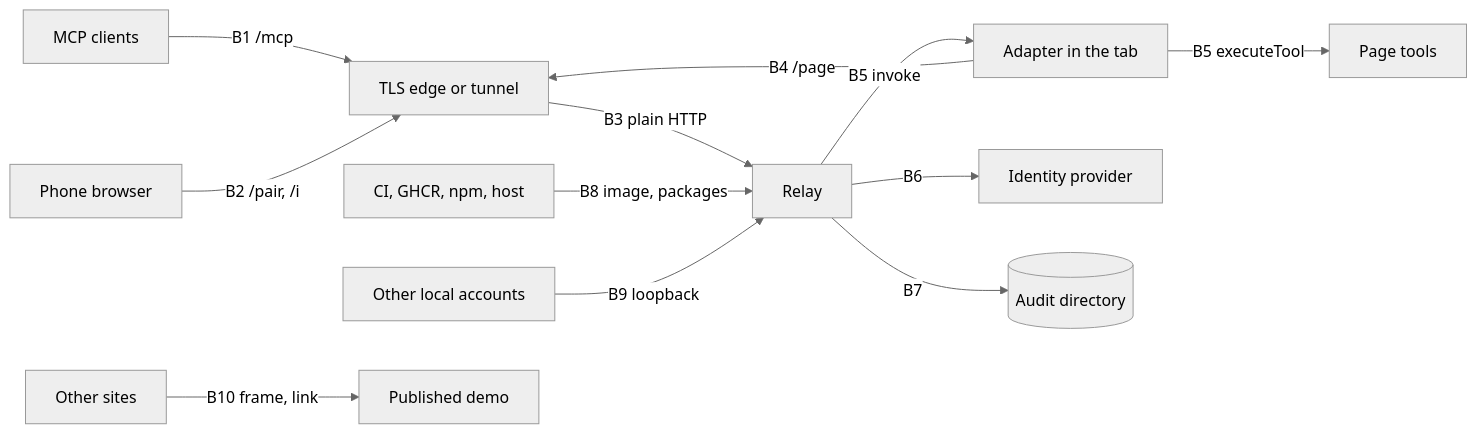
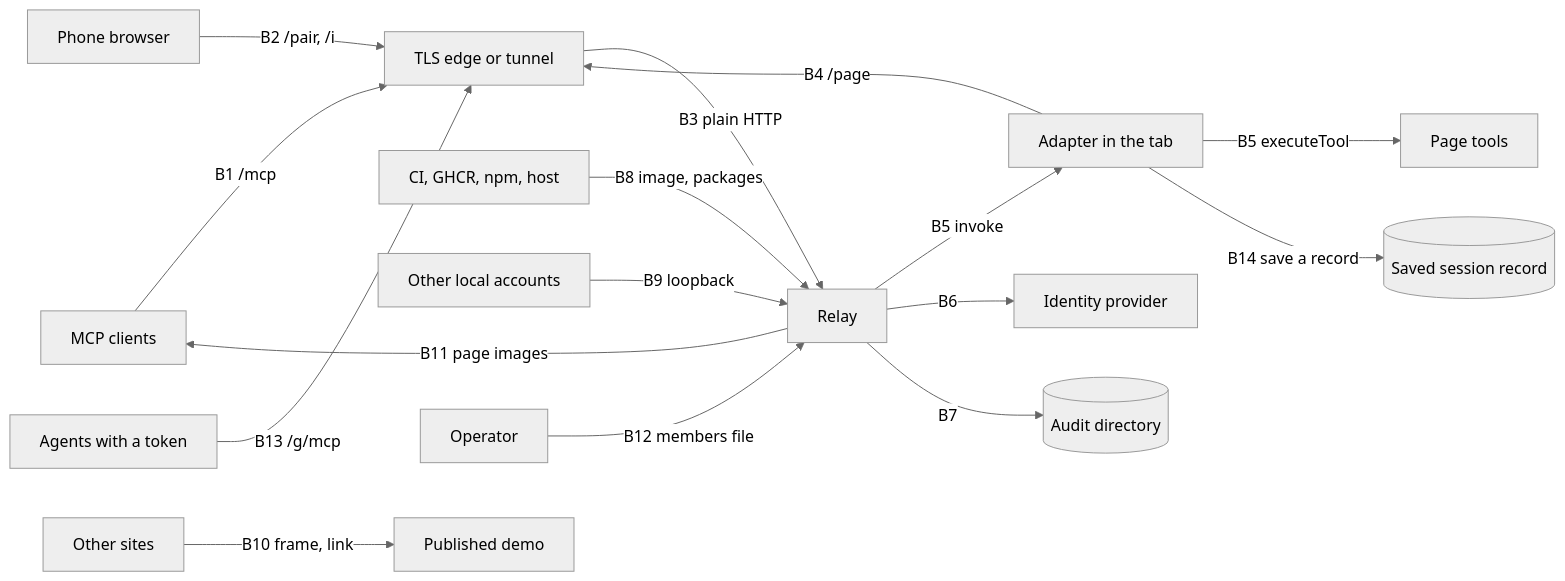
The diagram in docs/threat-model.md (PaulMRamirez/tabdock), drawn with Mermaid (neutral theme) before and after one commit. The commit also changed other lines of this file and 435 other files, not shown here.

````diff
--- a/docs/threat-model.md
+++ b/docs/threat-model.md
@@ -9,14 +9,18 @@
 ```mermaid
 flowchart LR
   C[MCP clients] -->|B1 /mcp| E[TLS edge or tunnel]
   P[Phone browser] -->|B2 /pair, /i| E
   E -->|B3 plain HTTP| R[Relay]
   A[Adapter in the tab] -->|B4 /page| E
   R -->|B5 invoke| A
   A -->|B5 executeTool| T[Page tools]
   R -->|B6| I[Identity provider]
   R -->|B7| D[(Audit directory)]
   G[CI, GHCR, npm, host] -->|B8 image, packages| R
   L[Other local accounts] -->|B9 loopback| R
   V[Other sites] -->|B10 frame, link| W[Published demo]
+  R -->|B11 page images| C
+  O[Operator] -->|B12 members file| R
+  N[Agents with a token] -->|B13 /g/mcp| E
+  A -->|B14 save a record| F[(Saved session record)]
 ```
````
